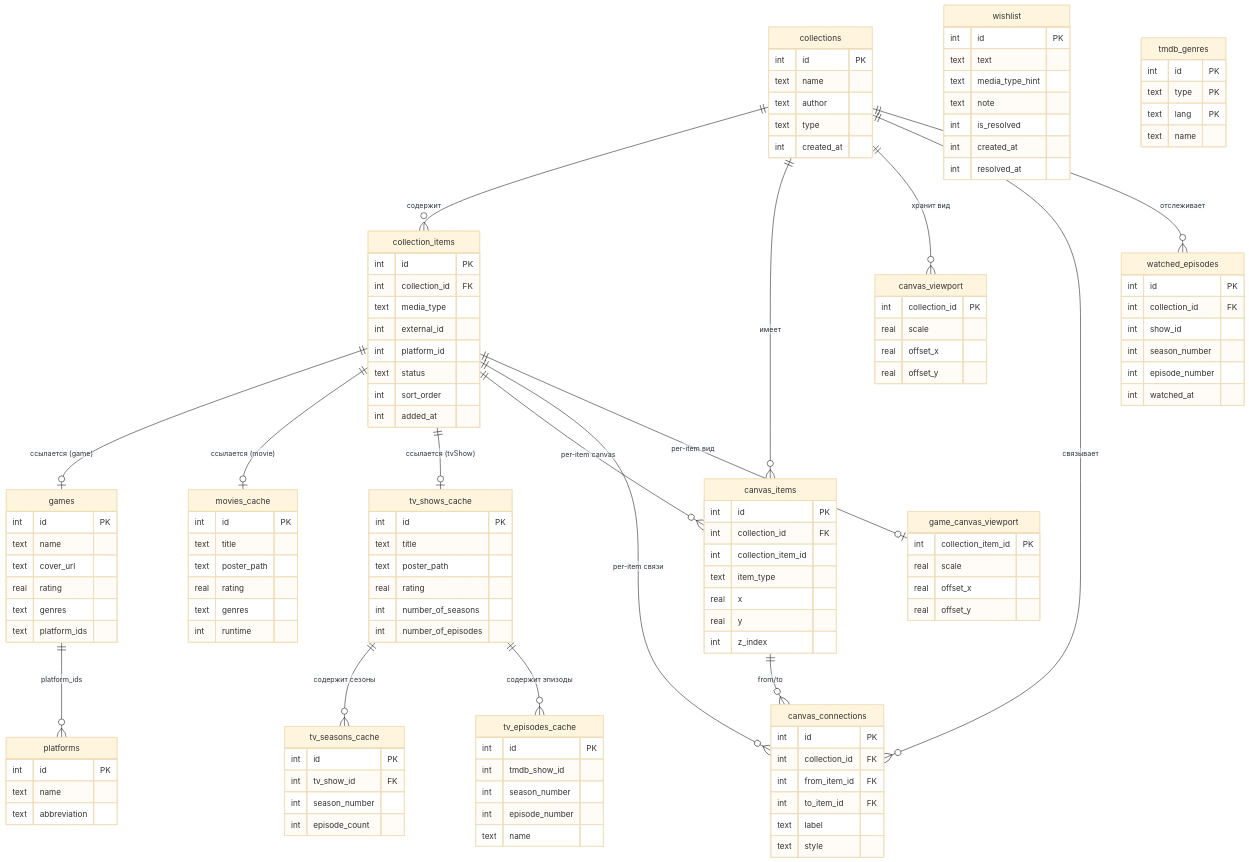
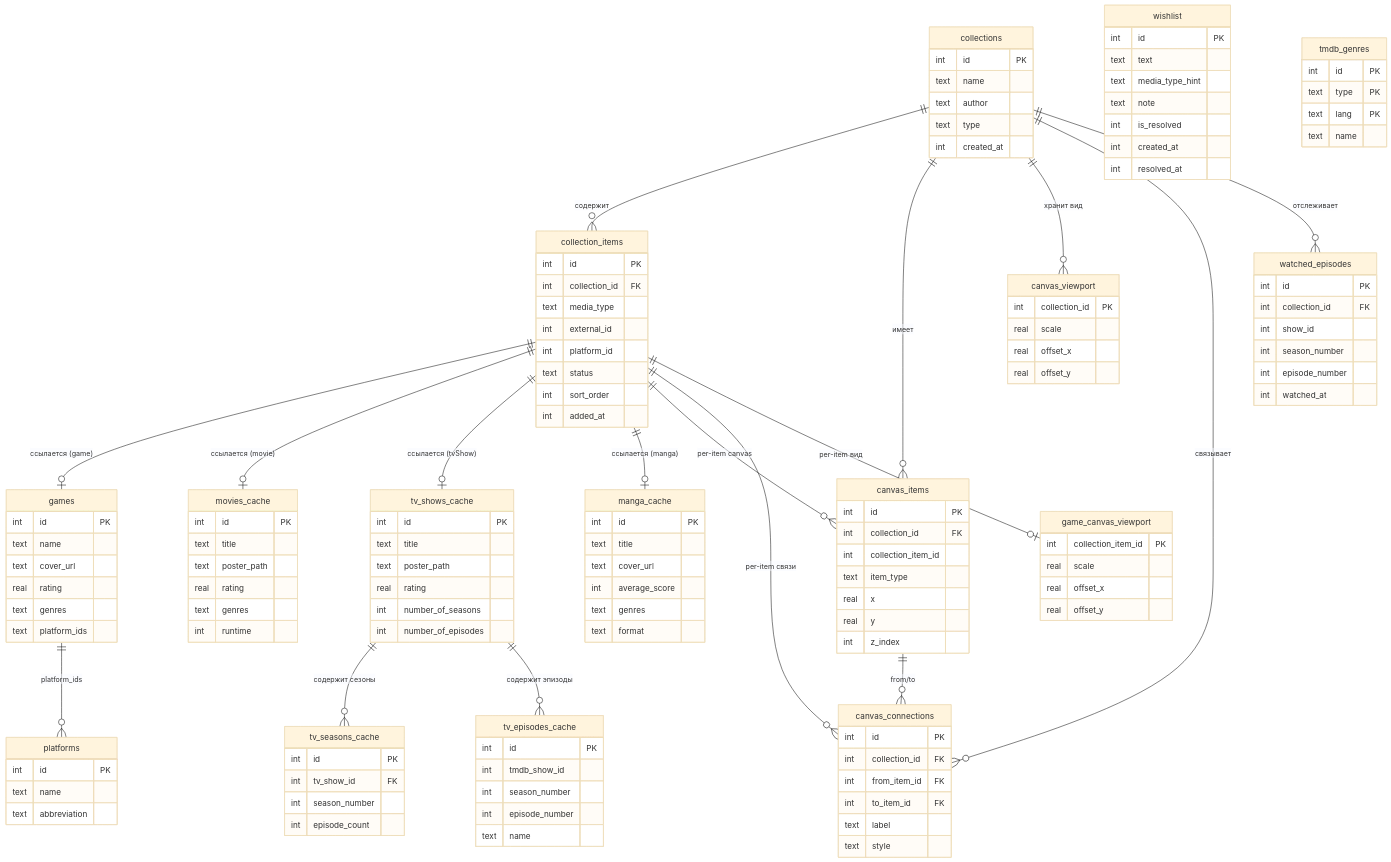
Before and after one commit to hacan359/tonkatsu_box: the second of 2 diagrams in docs/ARCHITECTURE.md, drawn with Mermaid (base theme). The commit also changed other lines of this file and 63 other files, not shown here.

```diff
--- a/docs/ARCHITECTURE.md
+++ b/docs/ARCHITECTURE.md
@@ -481,6 +486,7 @@
     collection_items ||--o| games : "ссылается (game)"
     collection_items ||--o| movies_cache : "ссылается (movie)"
     collection_items ||--o| tv_shows_cache : "ссылается (tvShow)"
+    collection_items ||--o| manga_cache : "ссылается (manga)"
     collection_items ||--o{ canvas_items : "per-item canvas"
     collection_items ||--o{ canvas_connections : "per-item связи"
     collection_items ||--o| game_canvas_viewport : "per-item вид"
@@ -498,6 +504,15 @@
         int is_resolved
         int created_at
         int resolved_at
+    }
+
+    manga_cache {
+        int id PK
+        text title
+        text cover_url
+        int average_score
+        text genres
+        text format
     }
 
     games ||--o{ platforms : "platform_ids"
```
